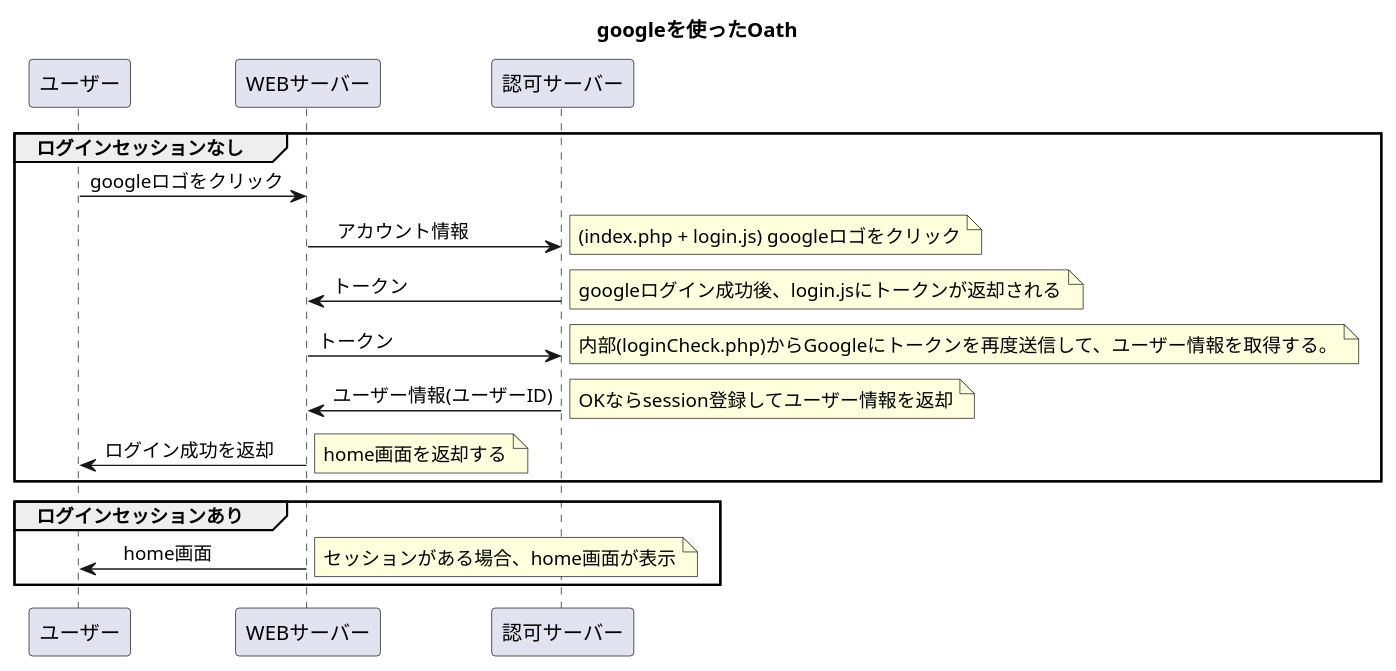
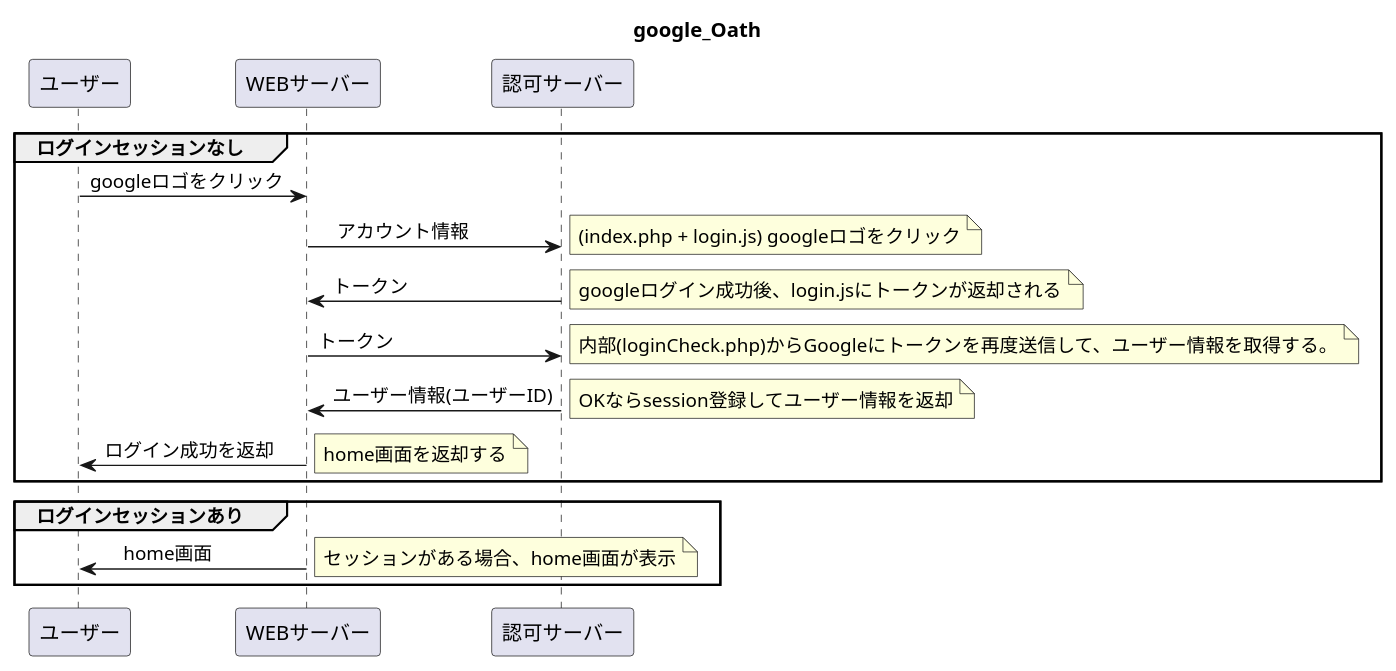
One commit to umanari145/uml changed the diagram in googleAuth.pu. Above: the diagram before and after it, drawn with PlantUML. The commit also changed 8 other files, not shown here.

```diff
--- a/googleAuth.pu
+++ b/googleAuth.pu
@@ -1,27 +1,27 @@
 @startuml
-title googleを使ったOath
+title google_Oath
 group ログインセッションなし
 ユーザー -> WEBサーバー: googleロゴをクリック
 WEBサーバー -> 認可サーバー:　アカウント情報
 note right:(index.php + login.js) googleロゴをクリック
 
 認可サーバー -> WEBサーバー:トークン
 note right:googleログイン成功後、login.jsにトークンが返却される
 
 WEBサーバー -> 認可サーバー:トークン
 note right:内部(loginCheck.php)からGoogleにトークンを再度送信して、ユーザー情報を取得する。
 
 認可サーバー -> WEBサーバー:ユーザー情報(ユーザーID)
 note right:OKならsession登録してユーザー情報を返却
 
 WEBサーバー -> ユーザー:ログイン成功を返却
 note right:home画面を返却する
 end
 
 group ログインセッションあり
 WEBサーバー -> ユーザー:　home画面
 note right:セッションがある場合、home画面が表示
 
 end
 
 @enduml
```
